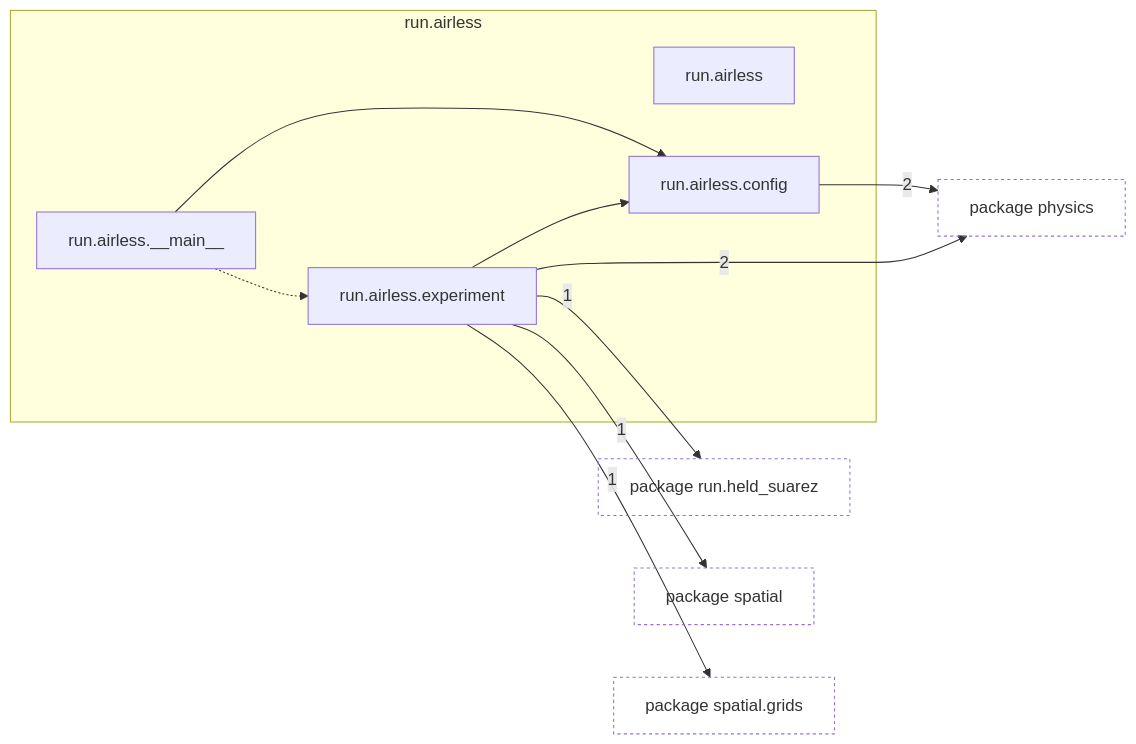
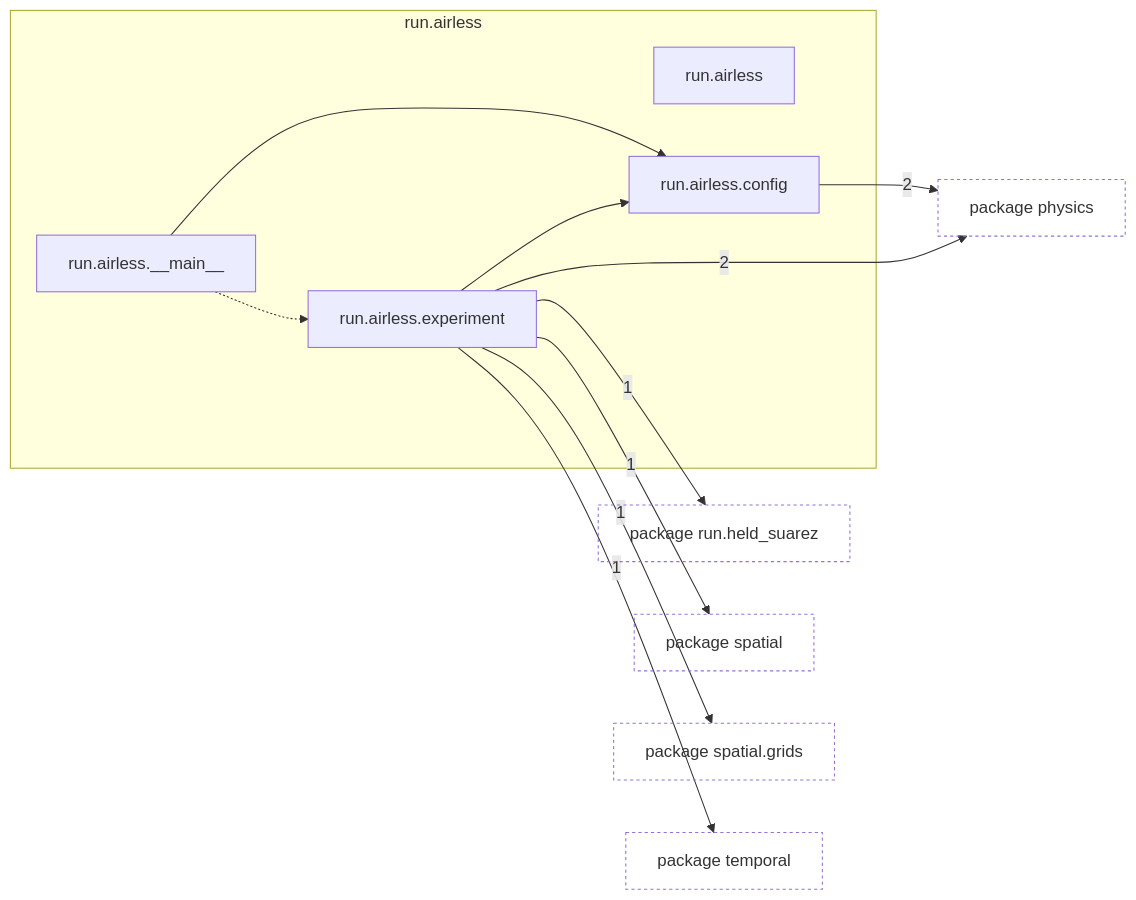
The first of 2 diagrams in docs/architecture/current/packages/tropoi.run.airless.md (AlexandreEros/Palintropos), drawn with Mermaid before and after one commit. The commit also changed 32 other files, not shown here.

````diff
--- a/docs/architecture/current/packages/tropoi.run.airless.md
+++ b/docs/architecture/current/packages/tropoi.run.airless.md
@@ -20,28 +20,31 @@
 ```mermaid
 %% Generated by tools.architecture 2.3.0. Do not edit by hand.
 %% Modules of tropoi.run.airless with imports in and out
 flowchart LR
     subgraph g_tropoi_orun_oairless["run.airless"]
         n_tropoi_orun_oairless["run.airless"]
         n_tropoi_orun_oairless_o____main____["run.airless.#95;#95;main#95;#95;"]
         n_tropoi_orun_oairless_oconfig["run.airless.config"]
         n_tropoi_orun_oairless_oexperiment["run.airless.experiment"]
     end
     p_tropoi_ophysics["package physics"]
     p_tropoi_orun_oheld__suarez["package run.held#95;suarez"]
     p_tropoi_ospatial["package spatial"]
     p_tropoi_ospatial_ogrids["package spatial.grids"]
+    p_tropoi_otemporal["package temporal"]
     n_tropoi_orun_oairless_o____main____ --> n_tropoi_orun_oairless_oconfig
     n_tropoi_orun_oairless_o____main____ -.-> n_tropoi_orun_oairless_oexperiment
     n_tropoi_orun_oairless_oexperiment --> n_tropoi_orun_oairless_oconfig
     n_tropoi_orun_oairless_oconfig -->|2| p_tropoi_ophysics
     n_tropoi_orun_oairless_oexperiment -->|2| p_tropoi_ophysics
     n_tropoi_orun_oairless_oexperiment -->|1| p_tropoi_orun_oheld__suarez
     n_tropoi_orun_oairless_oexperiment -->|1| p_tropoi_ospatial
     n_tropoi_orun_oairless_oexperiment -->|1| p_tropoi_ospatial_ogrids
+    n_tropoi_orun_oairless_oexperiment -->|1| p_tropoi_otemporal
     classDef other fill:none,stroke-dasharray:3 3
     class p_tropoi_ophysics other
     class p_tropoi_orun_oheld__suarez other
     class p_tropoi_ospatial other
     class p_tropoi_ospatial_ogrids other
+    class p_tropoi_otemporal other
 ```
````
